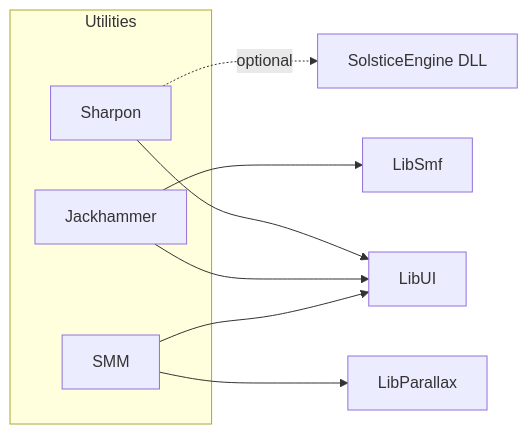
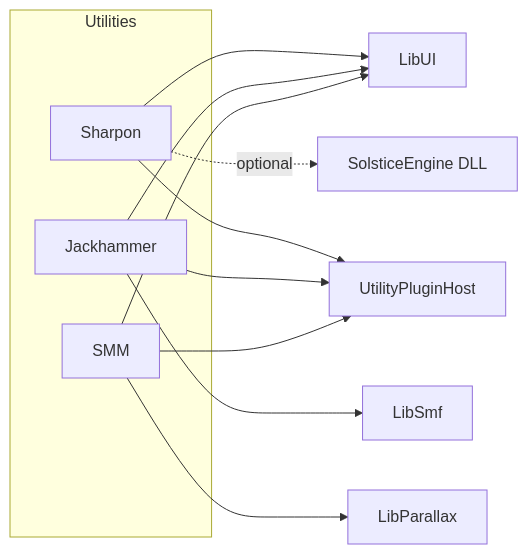
Before and after one commit to bumbelbee777/Solstice: the diagram in docs/Utilities.md, drawn with Mermaid. The commit also changed other lines of this file and 20 other files, not shown here.

````diff
--- a/docs/Utilities.md
+++ b/docs/Utilities.md
@@ -15,18 +15,22 @@
 ```mermaid
 flowchart LR
   subgraph apps [Utilities]
     Sharpon
     Jackhammer
     SMM
   end
   LibUI[LibUI]
   LibSmf[LibSmf]
   LibParallax[LibParallax]
   Engine[SolsticeEngine DLL]
   Sharpon --> LibUI
   Jackhammer --> LibUI
   Jackhammer --> LibSmf
   SMM --> LibUI
   SMM --> LibParallax
   Sharpon -. optional .-> Engine
+  UPH[UtilityPluginHost]
+  Sharpon --> UPH
+  Jackhammer --> UPH
+  SMM --> UPH
 ```
````
